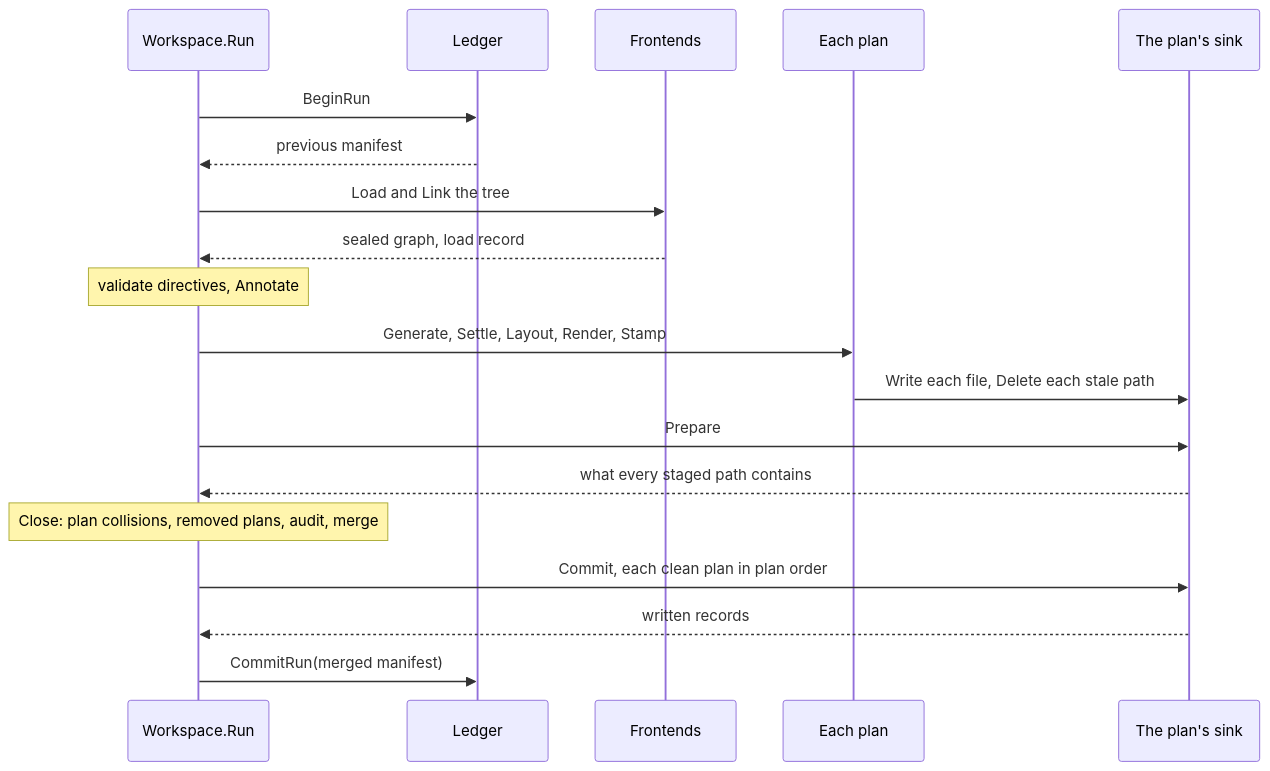
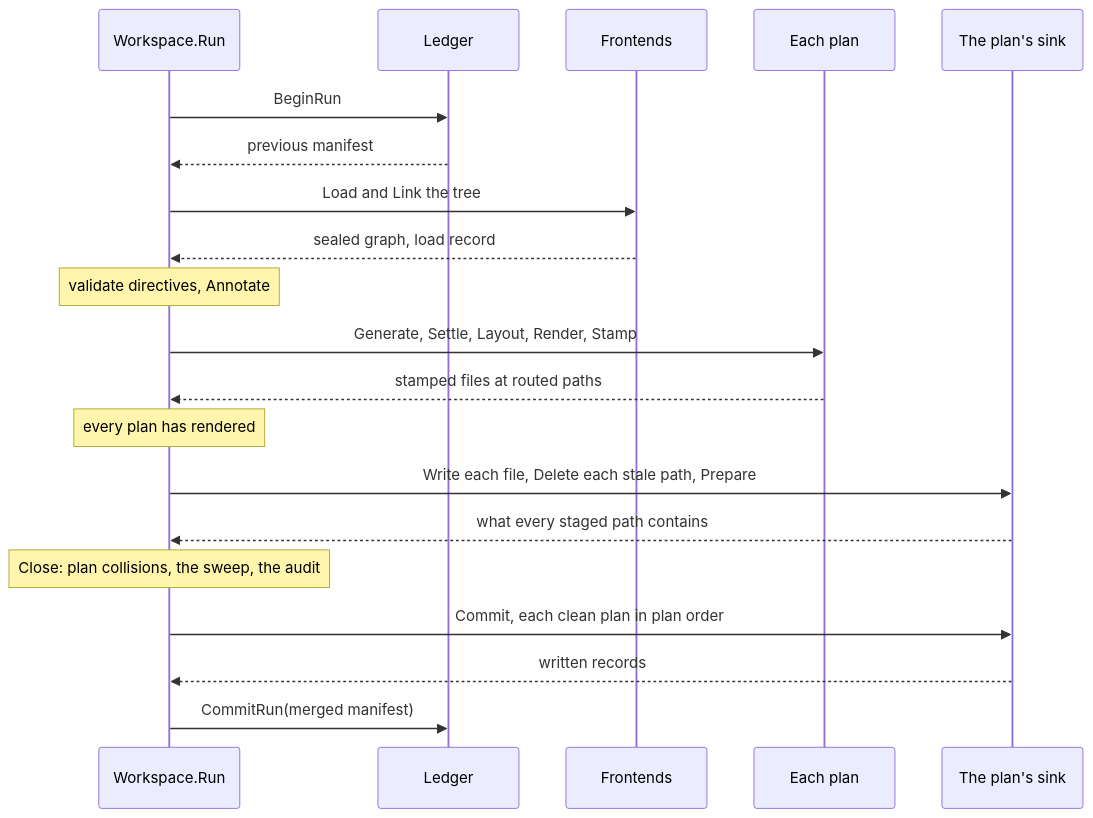
Before and after one commit to dokimasia/eidos: the diagram in docs/rfc/0017-the-end-to-end-run.md, drawn with Mermaid. The commit also changed other lines of this file and 8 other files, not shown here.

````diff
--- a/docs/rfc/0017-the-end-to-end-run.md
+++ b/docs/rfc/0017-the-end-to-end-run.md
@@ -182,21 +194,22 @@
 ```mermaid
 sequenceDiagram
     participant R as Workspace.Run
     participant L as Ledger
     participant F as Frontends
     participant P as Each plan
     participant S as The plan's sink
     R->>L: BeginRun
     L-->>R: previous manifest
     R->>F: Load and Link the tree
     F-->>R: sealed graph, load record
     Note over R: validate directives, Annotate
     R->>P: Generate, Settle, Layout, Render, Stamp
-    P->>S: Write each file, Delete each stale path
-    R->>S: Prepare
+    P-->>R: stamped files at routed paths
+    Note over R: every plan has rendered
+    R->>S: Write each file, Delete each stale path, Prepare
     S-->>R: what every staged path contains
-    Note over R: Close: plan collisions, removed plans, audit, merge
+    Note over R: Close: plan collisions, the sweep, the audit
     R->>S: Commit, each clean plan in plan order
     S-->>R: written records
     R->>L: CommitRun(merged manifest)
 ```
````
